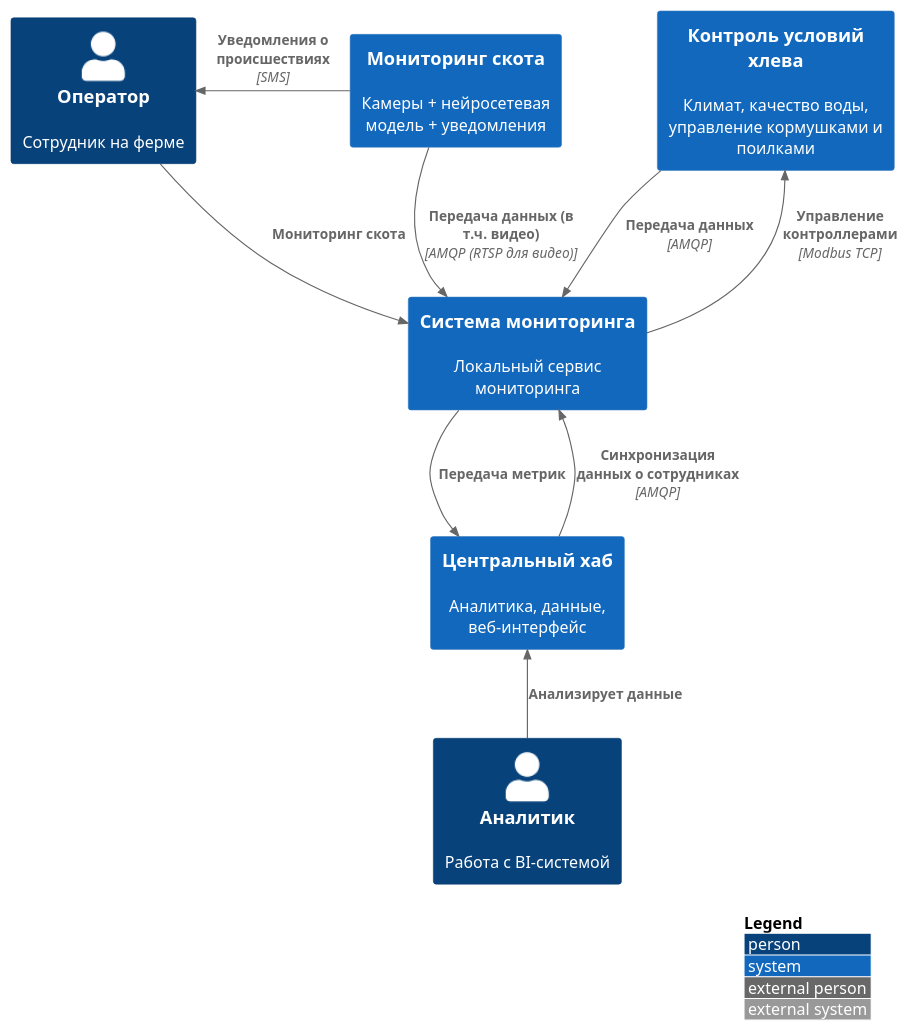
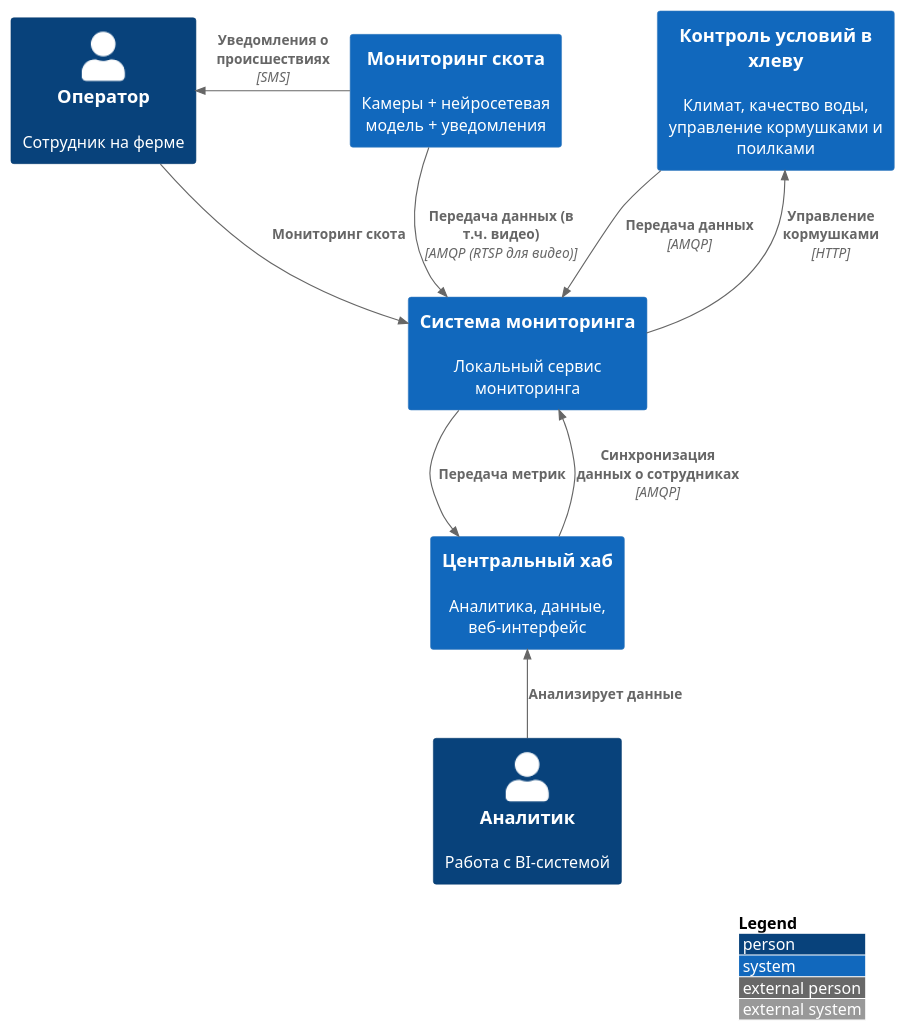
Before and after one commit to destonar/MSA-AgroTech: the diagram in Task1/distributed-с1.puml, drawn with PlantUML. The commit also changed 2 other files, not shown here.

```diff
--- a/Task1/distributed-с1.puml
+++ b/Task1/distributed-с1.puml
@@ -1,26 +1,26 @@
 @startuml Agrotech Distributed System Context
 !include https://raw.githubusercontent.com/plantuml-stdlib/C4-PlantUML/master/C4_Context.puml
 
 Person(operator, "Оператор", "Сотрудник на ферме")
 Person(analytic, "Аналитик", "Работа с BI-системой")
 
 System(cattleMonitoring, "Мониторинг скота", "Камеры + нейросетевая модель + уведомления")
-System(conditionsControlService, "Контроль условий хлева", "Климат, качество воды, управление кормушками и поилками")
+System(conditionsControlService, "Контроль условий в хлеву", "Климат, качество воды, управление кормушками и поилками")
 
 System(localService, "Система мониторинга", "Локальный сервис мониторинга")
 
 System(centralHub, "Центральный хаб", "Аналитика, данные, веб-интерфейс")
 
 Rel_D(cattleMonitoring, localService, "Передача данных (в т.ч. видео)", "AMQP (RTSP для видео)")
 Rel_D(conditionsControlService, localService, "Передача данных", "AMQP")
-Rel_U(localService, conditionsControlService, "Управление контроллерами", "Modbus TCP")
+Rel_U(localService, conditionsControlService, "Управление кормушками", "HTTP")
 
 Rel_D(localService, centralHub, "Передача метрик")
 Rel_U(centralHub, localService, "Синхронизация данных о сотрудниках", "AMQP")
 
 Rel_R(operator, localService, "Мониторинг скота")
 Rel_L(cattleMonitoring, operator, "Уведомления о происшествиях", "SMS")
 Rel_U(analytic, centralHub, "Анализирует данные")
 
 LAYOUT_WITH_LEGEND()
 @enduml
```
